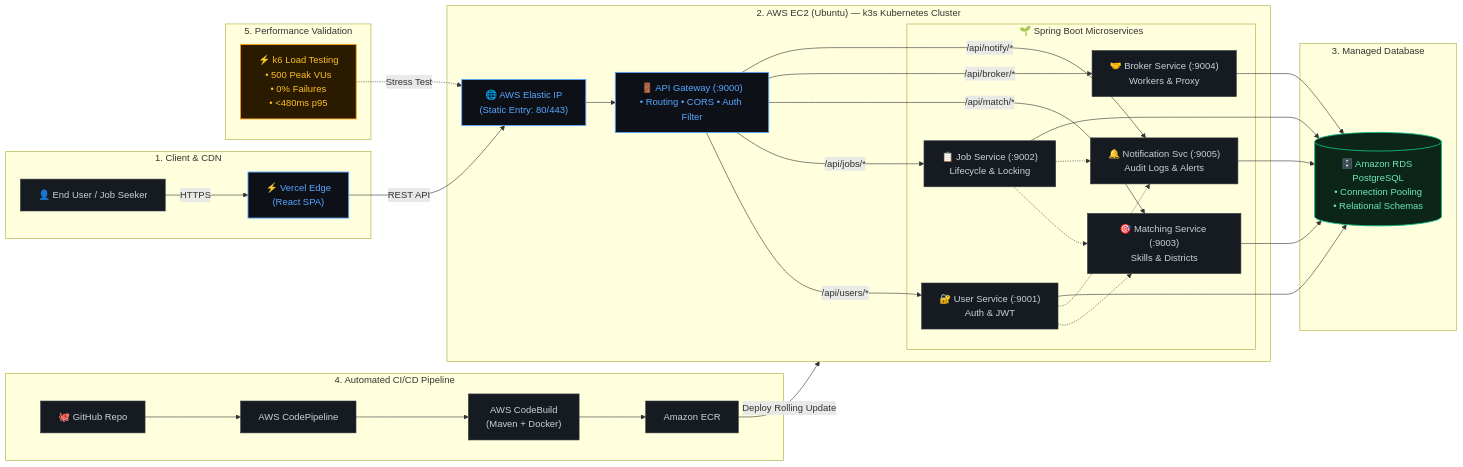
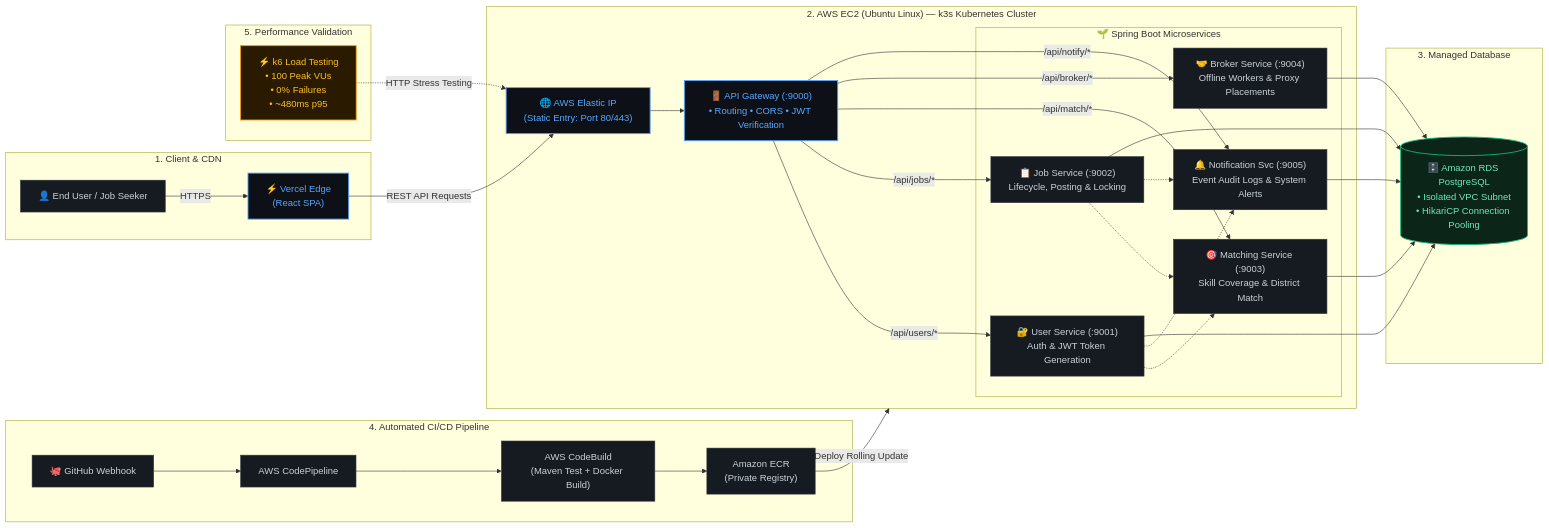
One commit to nisa2003-ops/nisa2003-ops changed the diagram in README.md. Above: the diagram before and after it, drawn with Mermaid. The commit also changed other lines of this file, not shown here.

````diff
--- a/README.md
+++ b/README.md
@@ -70,65 +81,65 @@
 ```mermaid
 flowchart LR
     subgraph Client["1. Client & CDN"]
         User["👤 End User / Job Seeker"] -->|"HTTPS"| Vercel["⚡ Vercel Edge\n(React SPA)"]
     end
 
     subgraph CICD["4. Automated CI/CD Pipeline"]
-        Git["🐙 GitHub Repo"] --> CP["AWS CodePipeline"]
-        CP --> CB["AWS CodeBuild\n(Maven + Docker)"]
-        CB --> ECR["Amazon ECR"]
+        Git["🐙 GitHub Webhook"] --> CP["AWS CodePipeline"]
+        CP --> CB["AWS CodeBuild\n(Maven Test + Docker Build)"]
+        CB --> ECR["Amazon ECR\n(Private Registry)"]
     end
 
     subgraph Validation["5. Performance Validation"]
-        K6["⚡ k6 Load Testing\n• 500 Peak VUs\n• 0% Failures\n• <480ms p95"]
+        K6["⚡ k6 Load Testing\n• 100 Peak VUs\n• 0% Failures\n• ~480ms p95"]
     end
 
-    subgraph EC2["2. AWS EC2 (Ubuntu) — k3s Kubernetes Cluster"]
-        EIP["🌐 AWS Elastic IP\n(Static Entry: 80/443)"]
-        GW["🚪 API Gateway (:9000)\n• Routing • CORS • Auth Filter"]
+    subgraph EC2["2. AWS EC2 (Ubuntu Linux) — k3s Kubernetes Cluster"]
+        EIP["🌐 AWS Elastic IP\n(Static Entry: Port 80/443)"]
+        GW["🚪 API Gateway (:9000)\n• Routing • CORS • JWT Verification"]
         
         EIP --> GW
 
         subgraph Microservices["🌱 Spring Boot Microservices"]
-            US["🔐 User Service (:9001)\nAuth & JWT"]
-            JS["📋 Job Service (:9002)\nLifecycle & Locking"]
-            MS["🎯 Matching Service (:9003)\nSkills & Districts"]
-            BS["🤝 Broker Service (:9004)\nWorkers & Proxy"]
-            NS["🔔 Notification Svc (:9005)\nAudit Logs & Alerts"]
+            US["🔐 User Service (:9001)\nAuth & JWT Token Generation"]
+            JS["📋 Job Service (:9002)\nLifecycle, Posting & Locking"]
+            MS["🎯 Matching Service (:9003)\nSkill Coverage & District Match"]
+            BS["🤝 Broker Service (:9004)\nOffline Workers & Proxy Placements"]
+            NS["🔔 Notification Svc (:9005)\nEvent Audit Logs & System Alerts"]
         end
 
         GW -->|"/api/users/*"| US
         GW -->|"/api/jobs/*"| JS
         GW -->|"/api/match/*"| MS
         GW -->|"/api/broker/*"| BS
         GW -->|"/api/notify/*"| NS
 
         US -.-> MS
         JS -.-> MS
         US -.-> NS
         JS -.-> NS
     end
 
     subgraph Database["3. Managed Database"]
-        RDS[("🗄️ Amazon RDS PostgreSQL\n• Connection Pooling\n• Relational Schemas")]
+        RDS[("🗄️ Amazon RDS PostgreSQL\n• Isolated VPC Subnet\n• HikariCP Connection Pooling")]
     end
 
-    Vercel -->|"REST API"| EIP
+    Vercel -->|"REST API Requests"| EIP
     ECR -->|"Deploy Rolling Update"| EC2
-    K6 -.->|"Stress Test"| EIP
+    K6 -.->|"HTTP Stress Testing"| EIP
 
     US --> RDS
     JS --> RDS
     MS --> RDS
     BS --> RDS
     NS --> RDS
 
     classDef default fill:#161b22,stroke:#30363d,stroke-width:1px,color:#c9d1d9;
     classDef highlight fill:#0d1117,stroke:#58a6ff,stroke-width:1.5px,color:#58a6ff;
     classDef k6 fill:#2a1a00,stroke:#f59e0b,stroke-width:1.5px,color:#fbbf24;
     classDef rds fill:#0b2518,stroke:#10b981,stroke-width:1.5px,color:#6ee7b7;
 
     class GW,EIP,Vercel highlight;
     class K6 k6;
     class RDS rds;
 ```
````
